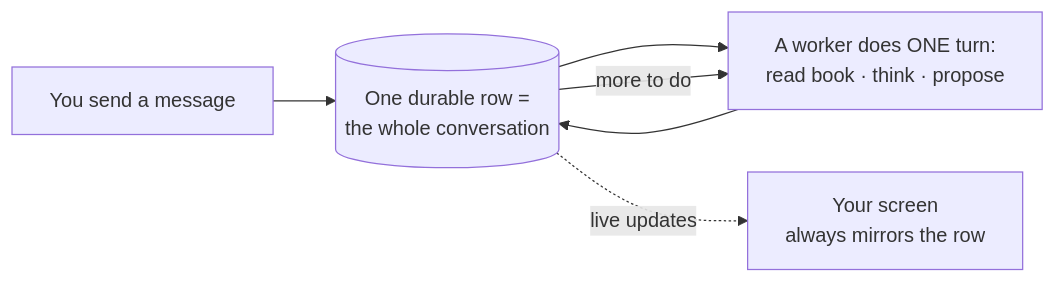
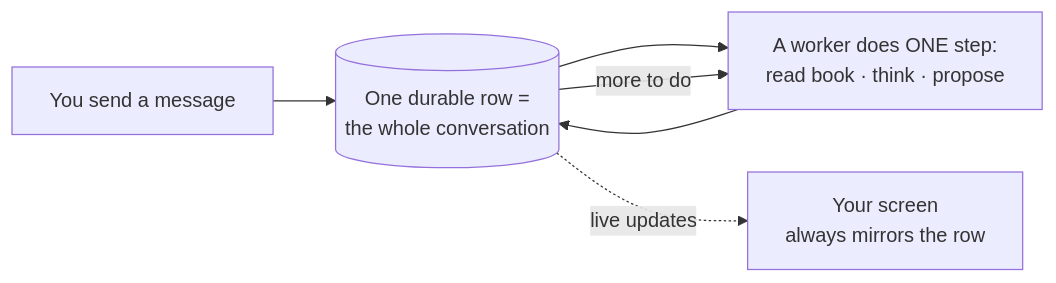
The third of 4 diagrams in apps/web/src/pages/docs/content/the-agent.mdx (ordervschaos/pensive-books), drawn with Mermaid before and after one commit. The commit also changed other lines of this file and 7 other files, not shown here.

````diff
--- a/apps/web/src/pages/docs/content/the-agent.mdx
+++ b/apps/web/src/pages/docs/content/the-agent.mdx
@@ -54,8 +140,8 @@
 ```mermaid
 flowchart LR
     You[You send a message] --> Row[(One durable row =<br/>the whole conversation)]
-    Row --> Turn[A worker does ONE turn:<br/>read book · think · propose]
+    Row --> Turn[A worker does ONE step:<br/>read book · think · propose]
     Turn --> Row
     Row -->|more to do| Turn
     Row -.live updates.-> Screen[Your screen<br/>always mirrors the row]
 ```
````
